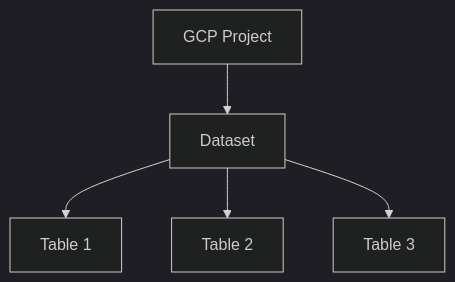
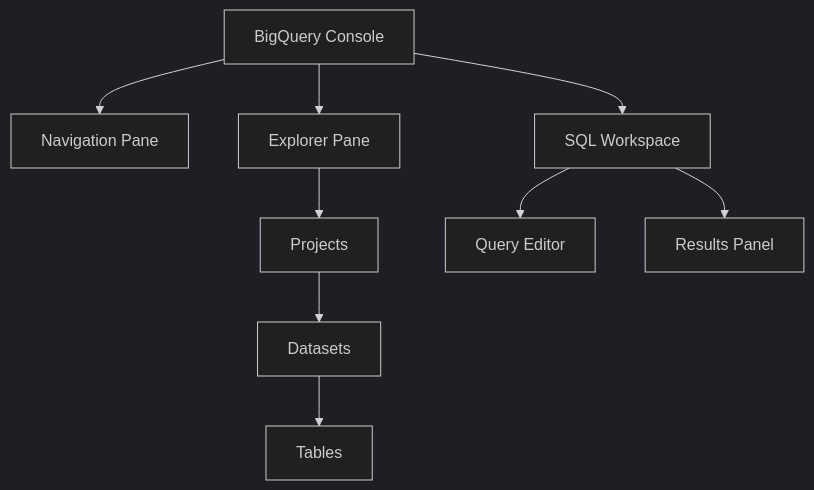
Before and after one commit to wahidyankf/oss: the first of 2 diagrams in apps-standalone/ayokoding-web/content/en/learn/crash-courses/swe/data/storage/bigquery/basics.md, drawn with Mermaid (dark theme). The commit also changed other lines of this file and 40 other files, not shown here.

````diff
--- a/apps-standalone/ayokoding-web/content/en/learn/crash-courses/swe/data/storage/bigquery/basics.md
+++ b/apps-standalone/ayokoding-web/content/en/learn/crash-courses/swe/data/storage/bigquery/basics.md
@@ -57,7 +49,11 @@
 ```mermaid
 graph TD
-    A[GCP Project] --> B[Dataset]
-    B --> C[Table 1]
-    B --> D[Table 2]
-    B --> E[Table 3]
+    A[BigQuery Console] --> B[Navigation Pane]
+    A --> C[Explorer Pane]
+    A --> D[SQL Workspace]
+    C --> E[Projects]
+    E --> F[Datasets]
+    F --> G[Tables]
+    D --> H[Query Editor]
+    D --> I[Results Panel]
 ```
````
